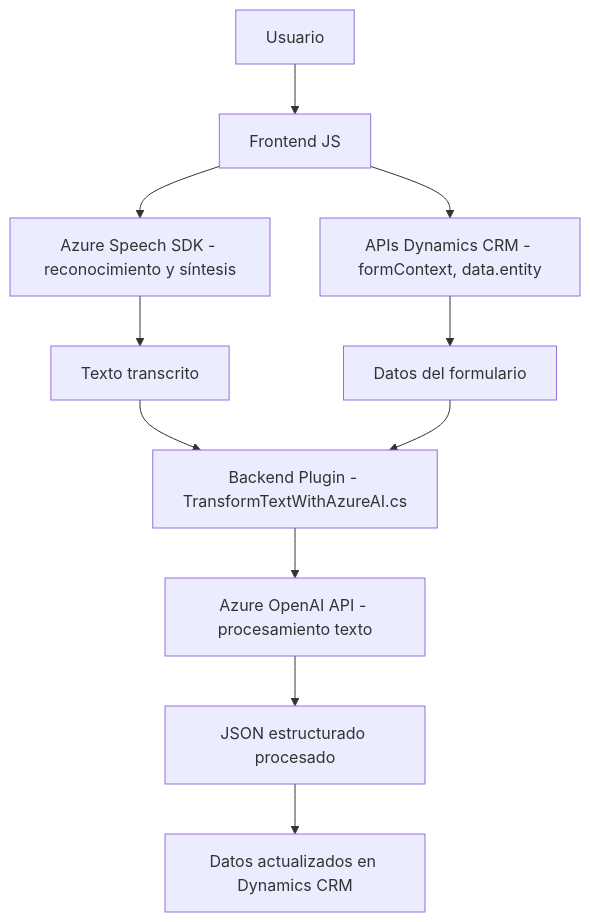
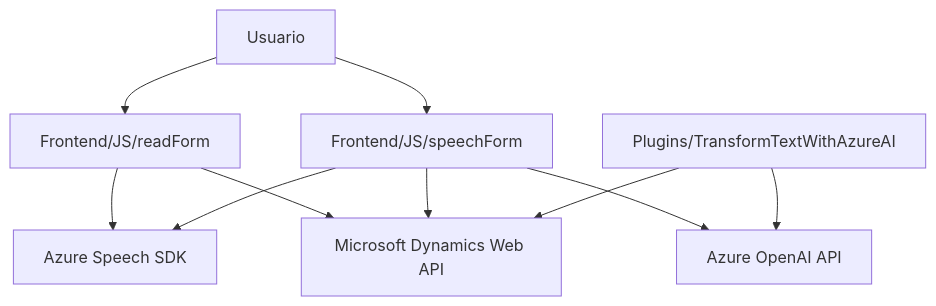
The diagram in README.md (blopezdm/NETCORE_BILBAO2025), drawn with Mermaid before and after one commit. The commit also changed other lines of this file, not shown here.

````diff
--- a/README.md
+++ b/README.md
@@ -62,13 +59,20 @@
 ```mermaid
 graph TD
-    A["Usuario"] --> B["Frontend JS"]
-    B --> C["Azure Speech SDK - reconocimiento y síntesis"]
-    B --> D["APIs Dynamics CRM - formContext, data.entity"]
-    C --> E["Texto transcrito"]
-    D --> F["Datos del formulario"]
-    E --> G["Backend Plugin - TransformTextWithAzureAI.cs"]
-    F --> G
-    G --> H["Azure OpenAI API - procesamiento texto"]
-    H --> I["JSON estructurado procesado"]
-    I --> J["Datos actualizados en Dynamics CRM"]
+    A["Usuario"]
+    B["Frontend/JS/readForm"]
+    C["Frontend/JS/speechForm"]
+    D["Plugins/TransformTextWithAzureAI"]
+    E["Azure Speech SDK"]
+    F["Microsoft Dynamics Web API"]
+    G["Azure OpenAI API"]
+
+    A --> B
+    A --> C
+    B --> E
+    C --> E
+    B --> F
+    C --> F
+    C --> G
+    D --> F
+    D --> G
 ```
````
